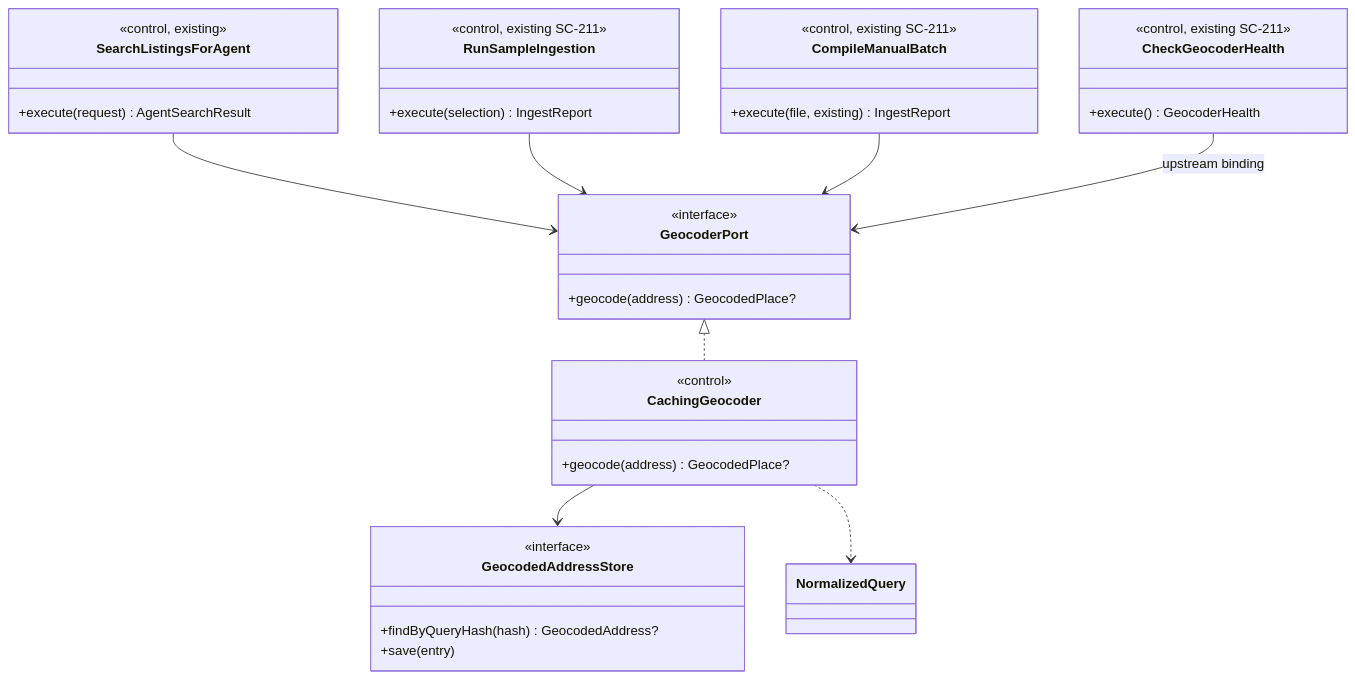
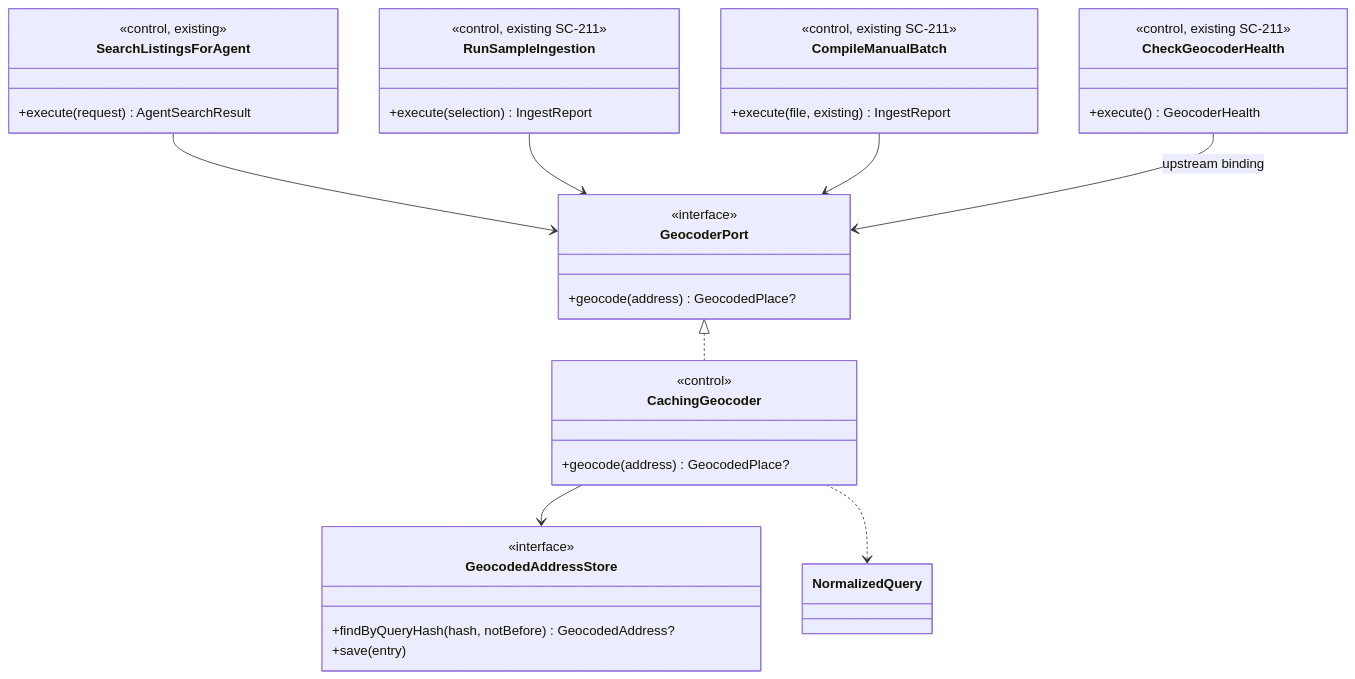
Before and after one commit to Losers-Lab/tahirs-list: the third of 4 diagrams in docs/features/SC-198/05-class-diagram-system.md, drawn with Mermaid. The commit also changed other lines of this file and 9 other files, not shown here.

````diff
--- a/docs/features/SC-198/05-class-diagram-system.md
+++ b/docs/features/SC-198/05-class-diagram-system.md
@@ -61,41 +61,41 @@
 ```mermaid
 classDiagram
   class GeocoderPort {
     <<interface>>
     +geocode(address) GeocodedPlace?
   }
   class GeocodedAddressStore {
     <<interface>>
-    +findByQueryHash(hash) GeocodedAddress?
+    +findByQueryHash(hash, notBefore) GeocodedAddress?
     +save(entry)
   }
   class CachingGeocoder {
     <<control>>
     +geocode(address) GeocodedPlace?
   }
   class SearchListingsForAgent {
     <<control, existing>>
     +execute(request) AgentSearchResult
   }
   class RunSampleIngestion {
     <<control, existing SC-211>>
     +execute(selection) IngestReport
   }
   class CompileManualBatch {
     <<control, existing SC-211>>
     +execute(file, existing) IngestReport
   }
   class CheckGeocoderHealth {
     <<control, existing SC-211>>
     +execute() GeocoderHealth
   }
   class NormalizedQuery
 
   GeocoderPort <|.. CachingGeocoder
   CachingGeocoder --> GeocodedAddressStore
   CachingGeocoder ..> NormalizedQuery
   SearchListingsForAgent --> GeocoderPort
   RunSampleIngestion --> GeocoderPort
   CompileManualBatch --> GeocoderPort
   CheckGeocoderHealth --> GeocoderPort : upstream binding
 ```
````
